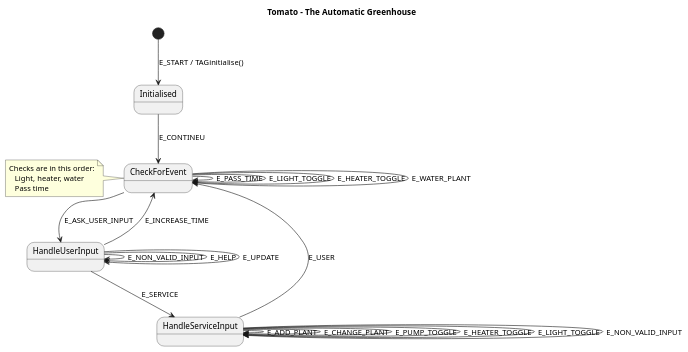
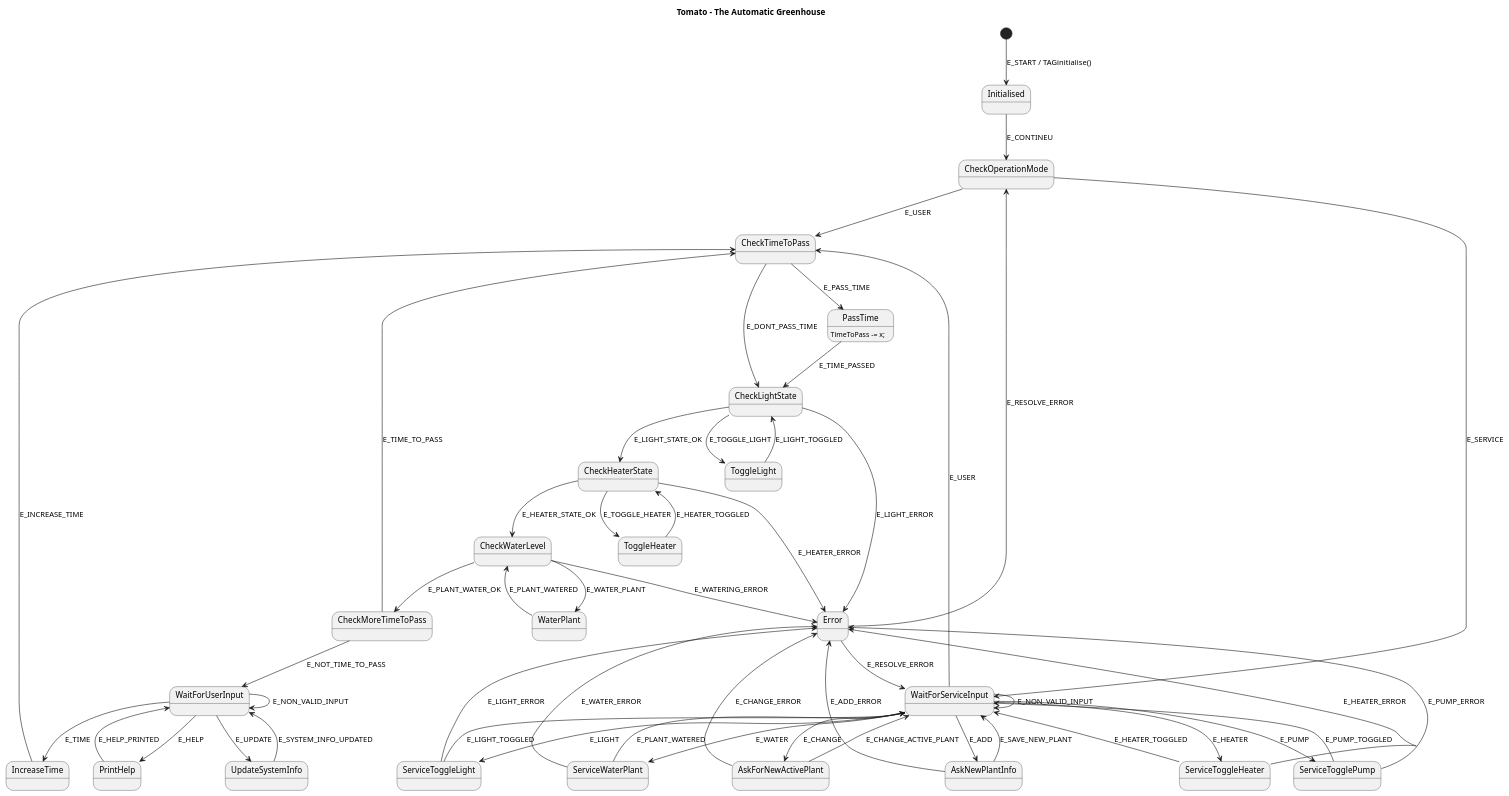
One commit to r1r3nn3/Tomato changed the diagram in Tomato_UML/Tomato UML.puml. Above: the diagram before and after it, drawn with PlantUML. The commit also changed 2 other files, not shown here.

Commit message:
Nieuw concept UML diagram voor de state machine + een mogelijk concept (ben ik niet zo'n fan van tho).

```diff
--- a/Tomato_UML/Tomato UML.puml
+++ b/Tomato_UML/Tomato UML.puml
@@ -1,35 +1,78 @@
 @startuml
 
 title Tomato - The Automatic Greenhouse
 
 [*] --> Initialised : E_START / TAGinitialise()
-Initialised --> CheckForEvent : E_CONTINEU
+Initialised --> CheckOperationMode : E_CONTINEU
 
-CheckForEvent --> CheckForEvent : E_PASS_TIME
-CheckForEvent --> CheckForEvent : E_LIGHT_TOGGLE
-CheckForEvent --> CheckForEvent : E_HEATER_TOGGLE
-CheckForEvent --> CheckForEvent : E_WATER_PLANT
-CheckForEvent --> HandleUserInput : E_ASK_USER_INPUT
+CheckOperationMode --> CheckTimeToPass : E_USER
 
-HandleUserInput --> HandleUserInput : E_NON_VALID_INPUT
-HandleUserInput --> HandleUserInput : E_HELP
-HandleUserInput --> HandleUserInput : E_UPDATE
-HandleUserInput --> CheckForEvent : E_INCREASE_TIME
-HandleUserInput --> HandleServiceInput : E_SERVICE
+CheckTimeToPass --> PassTime : E_PASS_TIME
+CheckTimeToPass --> CheckLightState : E_DONT_PASS_TIME
+PassTime --> CheckLightState : E_TIME_PASSED
+PassTime : TimeToPass -= x;
 
-HandleServiceInput --> HandleServiceInput : E_ADD_PLANT
-HandleServiceInput --> HandleServiceInput : E_CHANGE_PLANT
-HandleServiceInput --> HandleServiceInput : E_PUMP_TOGGLE
-HandleServiceInput --> HandleServiceInput : E_HEATER_TOGGLE
-HandleServiceInput --> HandleServiceInput : E_LIGHT_TOGGLE
-HandleServiceInput --> HandleServiceInput : E_NON_VALID_INPUT
-HandleServiceInput --> CheckForEvent : E_USER
+CheckLightState --> ToggleLight : E_TOGGLE_LIGHT
+ToggleLight --> CheckLightState : E_LIGHT_TOGGLED
+CheckLightState --> Error : E_LIGHT_ERROR
+CheckLightState --> CheckHeaterState : E_LIGHT_STATE_OK
 
 
-note left of CheckForEvent
-	Checks are in this order:
-    Light, heater, water
-    Pass time
-end note
+CheckHeaterState --> ToggleHeater : E_TOGGLE_HEATER
+ToggleHeater --> CheckHeaterState : E_HEATER_TOGGLED
+CheckHeaterState --> Error : E_HEATER_ERROR
+CheckHeaterState --> CheckWaterLevel : E_HEATER_STATE_OK
+
+CheckWaterLevel --> WaterPlant : E_WATER_PLANT
+WaterPlant --> CheckWaterLevel : E_PLANT_WATERED
+CheckWaterLevel --> Error : E_WATERING_ERROR
+CheckWaterLevel --> CheckMoreTimeToPass : E_PLANT_WATER_OK
+
+Error --> CheckOperationMode : E_RESOLVE_ERROR
+
+CheckMoreTimeToPass --> CheckTimeToPass : E_TIME_TO_PASS
+CheckMoreTimeToPass --> WaitForUserInput : E_NOT_TIME_TO_PASS
+
+WaitForUserInput --> WaitForUserInput : E_NON_VALID_INPUT
+
+WaitForUserInput --> PrintHelp : E_HELP
+PrintHelp --> WaitForUserInput : E_HELP_PRINTED
+
+WaitForUserInput --> IncreaseTime : E_TIME
+IncreaseTime --> CheckTimeToPass : E_INCREASE_TIME
+
+WaitForUserInput --> UpdateSystemInfo : E_UPDATE
+UpdateSystemInfo --> WaitForUserInput : E_SYSTEM_INFO_UPDATED
+
+CheckOperationMode --> WaitForServiceInput : E_SERVICE
+
+WaitForServiceInput --> WaitForServiceInput : E_NON_VALID_INPUT
+WaitForServiceInput --> CheckTimeToPass : E_USER
+
+WaitForServiceInput --> AskNewPlantInfo : E_ADD
+AskNewPlantInfo --> WaitForServiceInput : E_SAVE_NEW_PLANT
+AskNewPlantInfo --> Error : E_ADD_ERROR
+
+WaitForServiceInput --> AskForNewActivePlant : E_CHANGE
+AskForNewActivePlant --> WaitForServiceInput : E_CHANGE_ACTIVE_PLANT
+AskForNewActivePlant --> Error : E_CHANGE_ERROR
+
+WaitForServiceInput --> ServiceToggleHeater : E_HEATER
+ServiceToggleHeater --> WaitForServiceInput : E_HEATER_TOGGLED
+ServiceToggleHeater --> Error : E_HEATER_ERROR
+
+WaitForServiceInput --> ServiceTogglePump : E_PUMP
+ServiceTogglePump --> WaitForServiceInput : E_PUMP_TOGGLED
+ServiceTogglePump --> Error : E_PUMP_ERROR
+
+WaitForServiceInput --> ServiceToggleLight : E_LIGHT
+ServiceToggleLight --> WaitForServiceInput : E_LIGHT_TOGGLED
+ServiceToggleLight --> Error : E_LIGHT_ERROR
+
+WaitForServiceInput --> ServiceWaterPlant : E_WATER
+ServiceWaterPlant --> WaitForServiceInput : E_PLANT_WATERED
+ServiceWaterPlant --> Error : E_WATER_ERROR
+
+Error --> WaitForServiceInput : E_RESOLVE_ERROR
 
 @enduml
```
